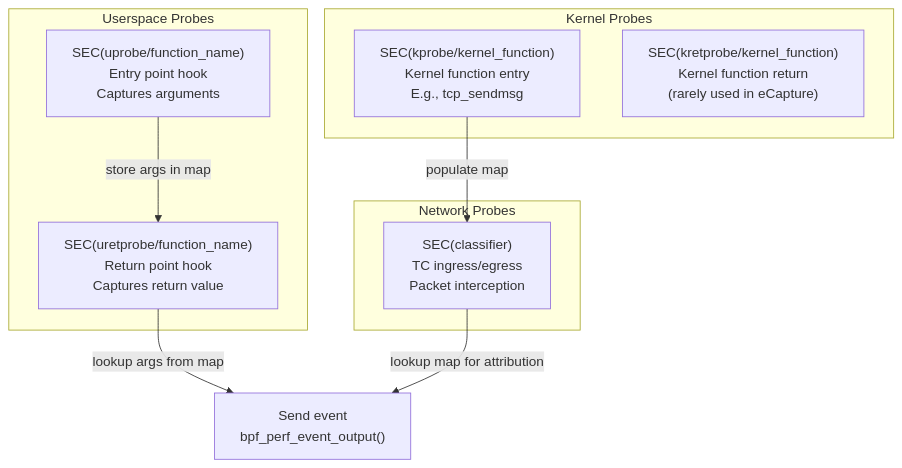
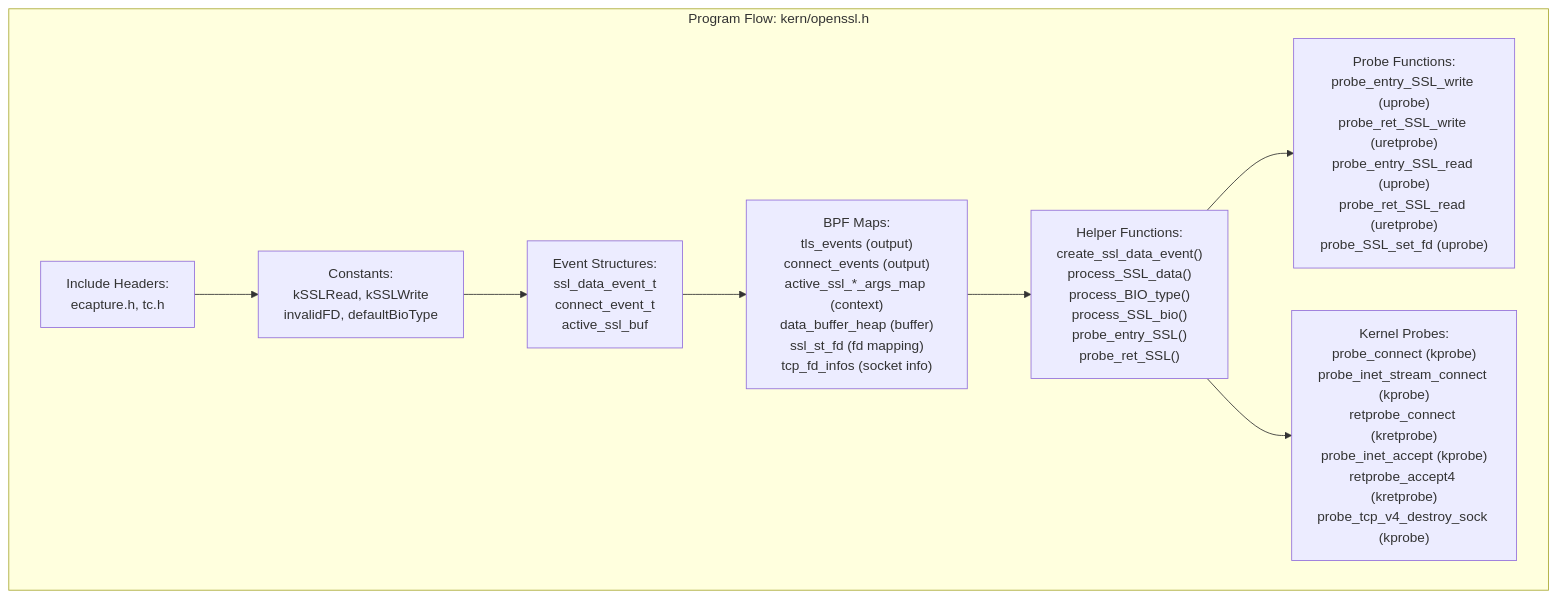
The sixth of 7 diagrams in src/en/5-development-guide/5.2.1-ebpf-program-structure.md (gojue/ecapture.cc), drawn with Mermaid before and after one commit. The commit also changed other lines of this file and 115 other files, not shown here.

````diff
--- a/src/en/5-development-guide/5.2.1-ebpf-program-structure.md
+++ b/src/en/5-development-guide/5.2.1-ebpf-program-structure.md
@@ -321,21 +482,25 @@
 ```mermaid
 graph TB
-    subgraph "Userspace Probes"
-        U1["SEC(uprobe/function_name)<br/>Entry point hook<br/>Captures arguments"]
-        U2["SEC(uretprobe/function_name)<br/>Return point hook<br/>Captures return value"]
+    subgraph "Program Flow: kern/openssl.h"
+        INCLUDES["Include Headers:<br/>ecapture.h, tc.h"]
+        
+        CONSTS["Constants:<br/>kSSLRead, kSSLWrite<br/>invalidFD, defaultBioType"]
+        
+        STRUCTS["Event Structures:<br/>ssl_data_event_t<br/>connect_event_t<br/>active_ssl_buf"]
+        
+        MAPS["BPF Maps:<br/>tls_events (output)<br/>connect_events (output)<br/>active_ssl_*_args_map (context)<br/>data_buffer_heap (buffer)<br/>ssl_st_fd (fd mapping)<br/>tcp_fd_infos (socket info)"]
+        
+        HELPERS["Helper Functions:<br/>create_ssl_data_event()<br/>process_SSL_data()<br/>process_BIO_type()<br/>process_SSL_bio()<br/>probe_entry_SSL()<br/>probe_ret_SSL()"]
+        
+        PROBES["Probe Functions:<br/>probe_entry_SSL_write (uprobe)<br/>probe_ret_SSL_write (uretprobe)<br/>probe_entry_SSL_read (uprobe)<br/>probe_ret_SSL_read (uretprobe)<br/>probe_SSL_set_fd (uprobe)"]
+        
+        KPROBES["Kernel Probes:<br/>probe_connect (kprobe)<br/>probe_inet_stream_connect (kprobe)<br/>retprobe_connect (kretprobe)<br/>probe_inet_accept (kprobe)<br/>retprobe_accept4 (kretprobe)<br/>probe_tcp_v4_destroy_sock (kprobe)"]
     end
     
-    subgraph "Kernel Probes"
-        K1["SEC(kprobe/kernel_function)<br/>Kernel function entry<br/>E.g., tcp_sendmsg"]
-        K2["SEC(kretprobe/kernel_function)<br/>Kernel function return<br/>(rarely used in eCapture)"]
-    end
-    
-    subgraph "Network Probes"
-        N1["SEC(classifier)<br/>TC ingress/egress<br/>Packet interception"]
-    end
-    
-    U1 -->|"store args in map"| U2
-    U2 -->|"lookup args from map"| EVENT["Send event<br/>bpf_perf_event_output()"]
-    K1 -->|"populate map"| N1
-    N1 -->|"lookup map for attribution"| EVENT
+    INCLUDES --> CONSTS
+    CONSTS --> STRUCTS
+    STRUCTS --> MAPS
+    MAPS --> HELPERS
+    HELPERS --> PROBES
+    HELPERS --> KPROBES
 ```
````
